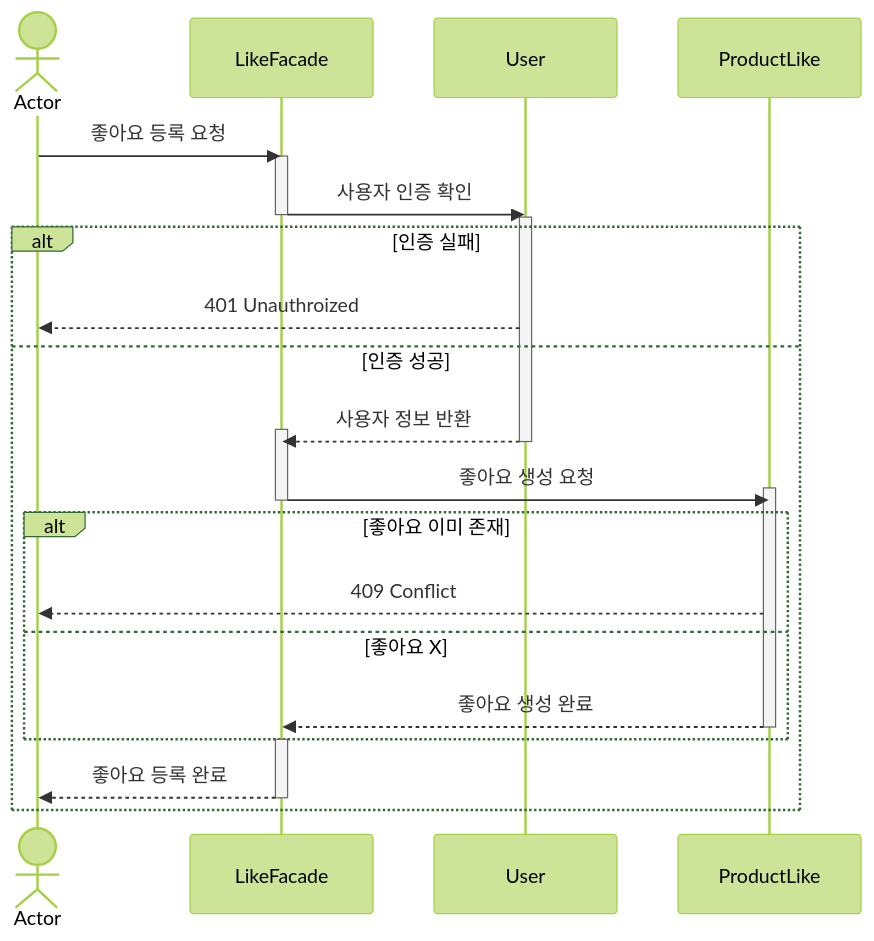
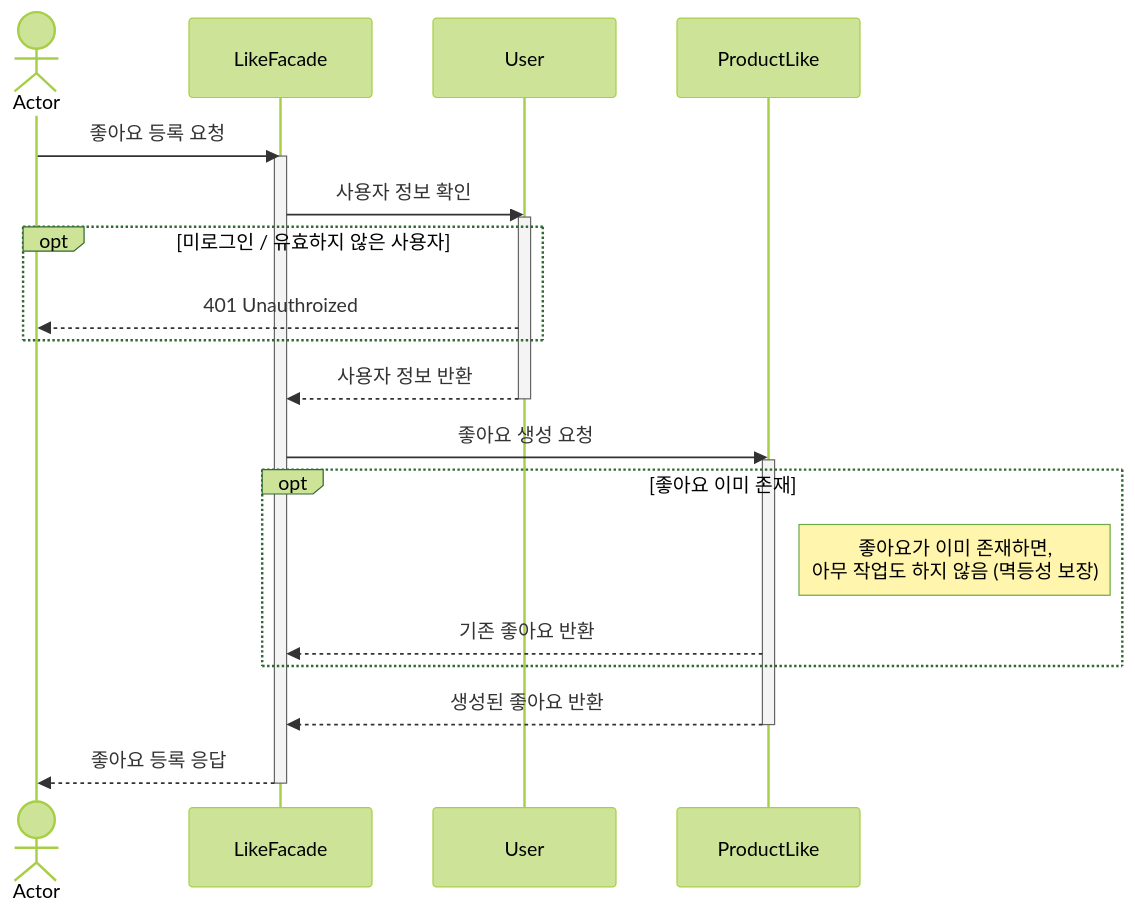
Before and after one commit to hgh1472/loopers: the fourth of 9 diagrams in docs/design/02-sequence-diagrams.md, drawn with Mermaid (forest theme). The commit also changed other lines of this file and 3 other files, not shown here.

````diff
--- a/docs/design/02-sequence-diagrams.md
+++ b/docs/design/02-sequence-diagrams.md
@@ -167,33 +108,28 @@
 ```mermaid
 sequenceDiagram
   Actor A as Actor
   Participant LF as LikeFacade
   Participant U as User
   Participant L as ProductLike
   
     A->>LF: 좋아요 등록 요청
     activate LF
-    LF->>U: 사용자 인증 확인
+    LF->>U: 사용자 정보 확인
+    activate U
+    opt 미로그인 / 유효하지 않은 사용자
+      U-->>A: 401 Unauthroized
+    end
+    U-->>LF: 사용자 정보 반환
+    deactivate U
+    LF->>L: 좋아요 생성 요청
+    activate L
+    opt 좋아요 이미 존재
+      Note right of L: 좋아요가 이미 존재하면,<br> 아무 작업도 하지 않음 (멱등성 보장)
+      L-->>LF: 기존 좋아요 반환
+    end
+    L-->>LF: 생성된 좋아요 반환
+    deactivate L
+    LF-->>A: 좋아요 등록 응답
     deactivate LF
-    activate U
-    alt 인증 실패
-      U-->>A: 401 Unauthroized
-    else 인증 성공
-      U-->>LF: 사용자 정보 반환
-      activate LF
-      deactivate U
-      LF->>L: 좋아요 생성 요청
-      activate L
-      deactivate LF
-      alt 좋아요 이미 존재
-        L-->>A: 409 Conflict
-      else 좋아요 X
-        L-->>LF: 좋아요 생성 완료
-        deactivate L
-      end
-      activate LF
-      LF-->>A: 좋아요 등록 완료
-      deactivate LF
-    end
   
 ```
````
